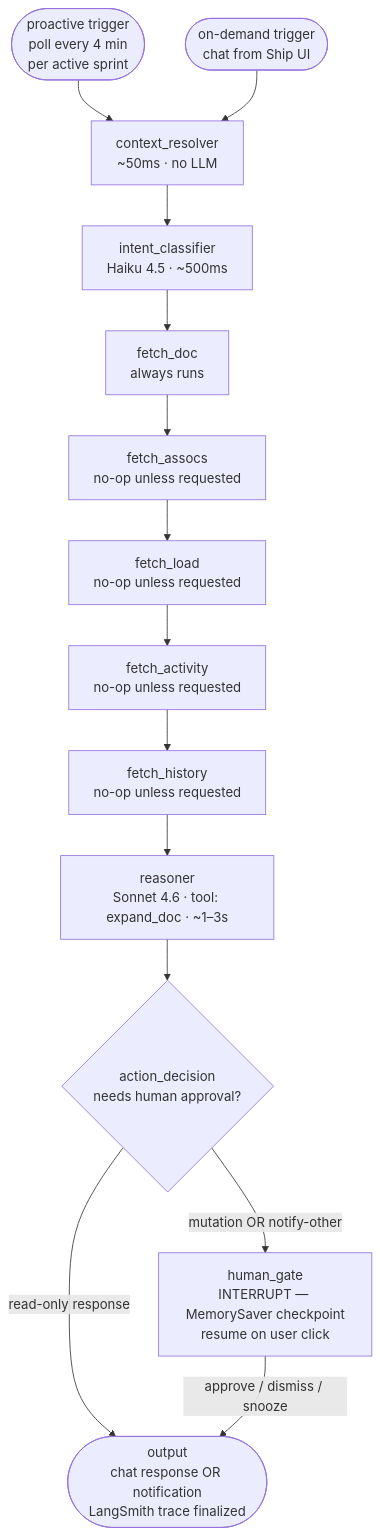
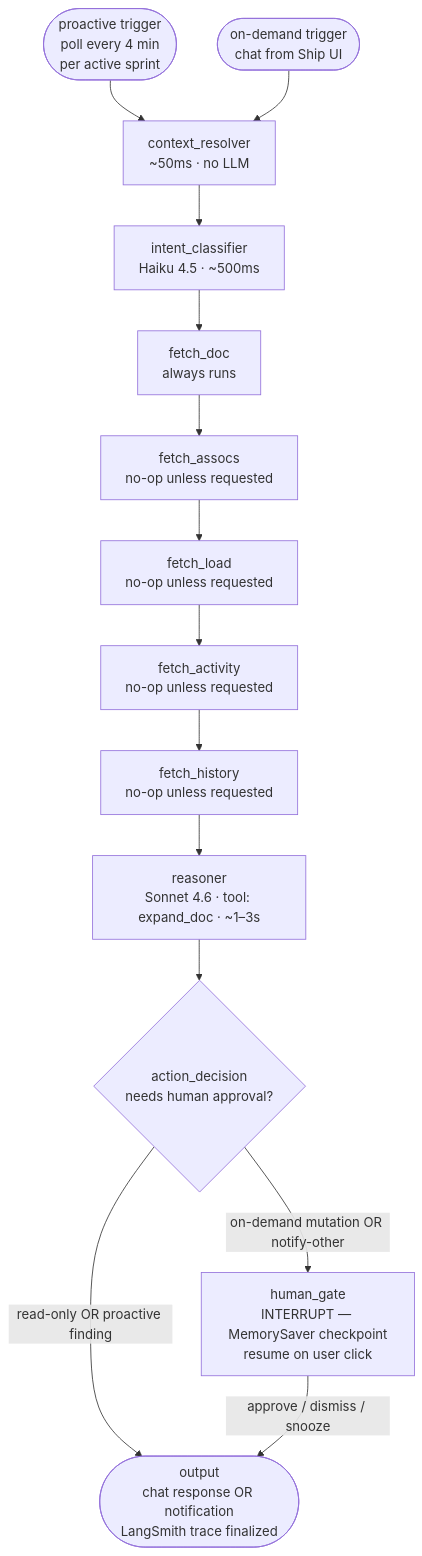
Before and after one commit to tylerxia8/ship: the diagram in FLEETGRAPH.md, drawn with Mermaid. The commit also changed other lines of this file and 2 other files, not shown here.

Commit message:
Persist proactive FleetGraph findings before gating

````diff
--- a/FLEETGRAPH.md
+++ b/FLEETGRAPH.md
@@ -93,30 +93,30 @@
 ```mermaid
 flowchart TD
     proactive([proactive trigger<br/>poll every 4 min<br/>per active sprint]) --> resolver
     ondemand([on-demand trigger<br/>chat from Ship UI]) --> resolver
 
     resolver[context_resolver<br/>~50ms · no LLM]
     resolver --> classifier
 
     classifier[intent_classifier<br/>Haiku 4.5 · ~500ms]
 
     classifier --> fetchdoc[fetch_doc<br/>always runs]
 
     fetchdoc --> fetchassocs[fetch_assocs<br/>no-op unless requested]
     fetchassocs --> fetchload[fetch_load<br/>no-op unless requested]
     fetchload --> fetchactivity[fetch_activity<br/>no-op unless requested]
     fetchactivity --> fetchhistory[fetch_history<br/>no-op unless requested]
     fetchhistory --> reasoner
 
     reasoner[reasoner<br/>Sonnet 4.6 · tool: expand_doc · ~1–3s]
     reasoner --> decision
 
     decision{action_decision<br/>needs human approval?}
-    decision -->|read-only response| output
-    decision -->|mutation OR notify-other| gate
+    decision -->|read-only OR proactive finding| output
+    decision -->|on-demand mutation OR notify-other| gate
 
     gate[human_gate<br/>INTERRUPT — MemorySaver checkpoint<br/>resume on user click]
     gate -->|approve / dismiss / snooze| output
 
     output([output<br/>chat response OR notification<br/>LangSmith trace finalized])
 ```
````
